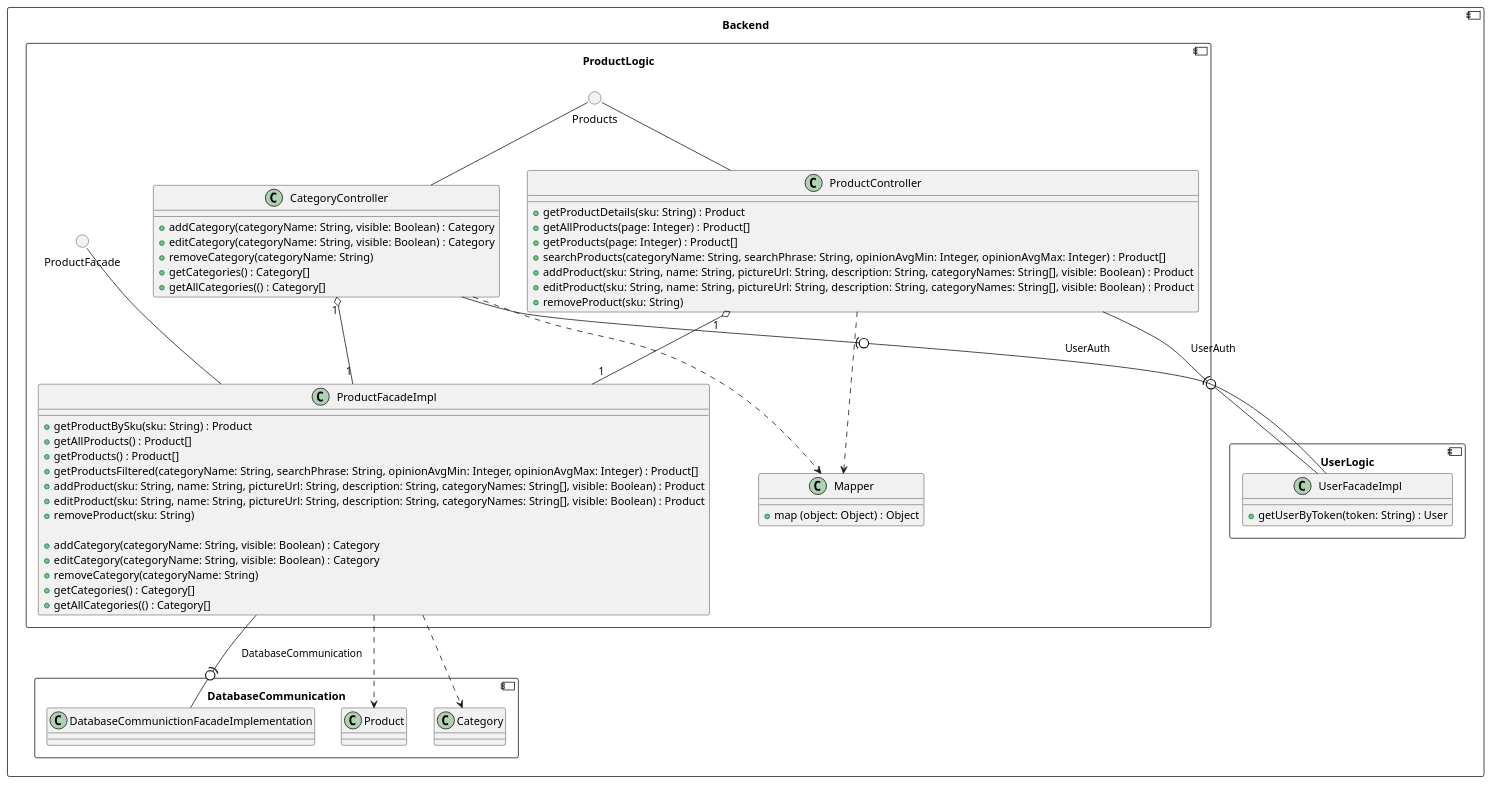
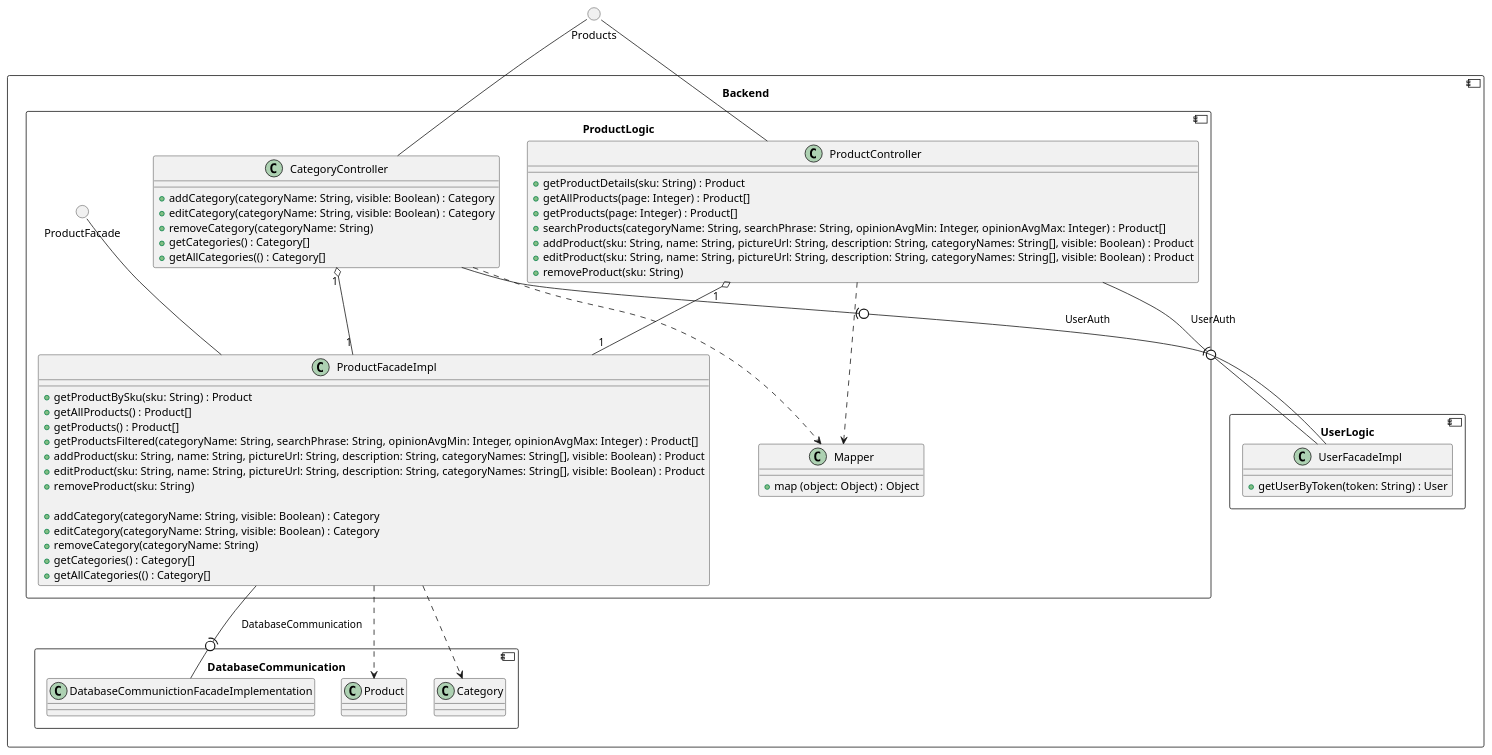
The fourth of 6 diagrams in FullClassDiagrams.md (RadekBucki/OpinionCollectorArchitecture), drawn with PlantUML before and after one commit. The commit also changed other lines of this file, not shown here.

````diff
--- a/FullClassDiagrams.md
+++ b/FullClassDiagrams.md
@@ -172,66 +172,66 @@
 ```plantuml
+circle Products
 component Backend {
     component ProductLogic {
-        circle Products
         class ProductController {
             + getProductDetails(sku: String) : Product
             + getAllProducts(page: Integer) : Product[]
             + getProducts(page: Integer) : Product[]
             + searchProducts(categoryName: String, searchPhrase: String, opinionAvgMin: Integer, opinionAvgMax: Integer) : Product[]
             + addProduct(sku: String, name: String, pictureUrl: String, description: String, categoryNames: String[], visible: Boolean) : Product
             + editProduct(sku: String, name: String, pictureUrl: String, description: String, categoryNames: String[], visible: Boolean) : Product
             + removeProduct(sku: String)
         }
         class CategoryController {
             + addCategory(categoryName: String, visible: Boolean) : Category
             + editCategory(categoryName: String, visible: Boolean) : Category
             + removeCategory(categoryName: String)
             + getCategories() : Category[]
             + getAllCategories(() : Category[]
         }
         circle ProductFacade
         class ProductFacadeImpl {
             + getProductBySku(sku: String) : Product
             + getAllProducts() : Product[]
             + getProducts() : Product[]
             + getProductsFiltered(categoryName: String, searchPhrase: String, opinionAvgMin: Integer, opinionAvgMax: Integer) : Product[]
             + addProduct(sku: String, name: String, pictureUrl: String, description: String, categoryNames: String[], visible: Boolean) : Product
             + editProduct(sku: String, name: String, pictureUrl: String, description: String, categoryNames: String[], visible: Boolean) : Product
             + removeProduct(sku: String)
             
             + addCategory(categoryName: String, visible: Boolean) : Category
             + editCategory(categoryName: String, visible: Boolean) : Category
             + removeCategory(categoryName: String)
             + getCategories() : Category[]
             + getAllCategories(() : Category[]
         }
         ProductFacade -- ProductFacadeImpl
         CategoryController "1" o-- "1" ProductFacadeImpl
         ProductController  "1" o-- "1" ProductFacadeImpl
         Products -- ProductController
         Products -- CategoryController
         
         class Mapper {
             +map (object: Object) : Object
         }
         CategoryController ..> Mapper
         ProductController  ..> Mapper
     }
     component DatabaseCommunication {
         class DatabaseCommunictionFacadeImplementation
         class Product
         class Category
     }
     ProductFacadeImpl -(0- DatabaseCommunictionFacadeImplementation : DatabaseCommunication
     ProductFacadeImpl ..>  Product
     ProductFacadeImpl ..>  Category
     
     component UserLogic {
         class UserFacadeImpl {
             + getUserByToken(token: String) : User
         }
     }
     ProductController -(0- UserFacadeImpl  : UserAuth
     CategoryController -(0- UserFacadeImpl : UserAuth
 }
 ```
````
